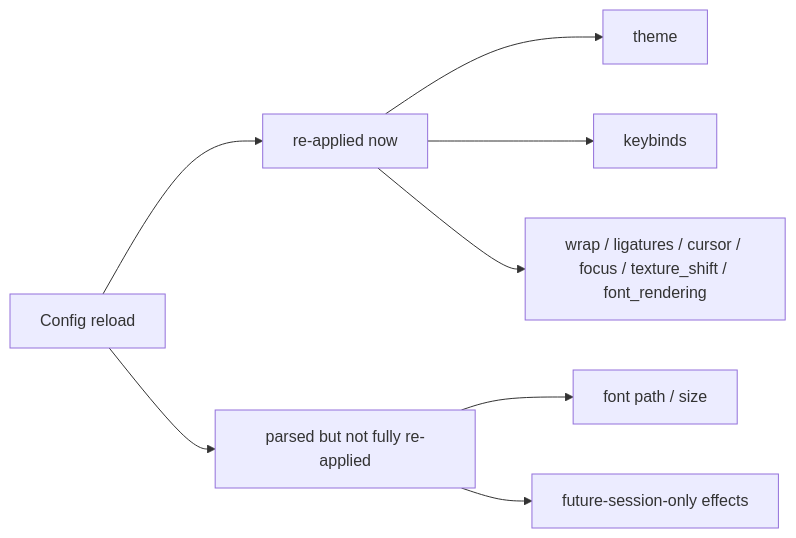
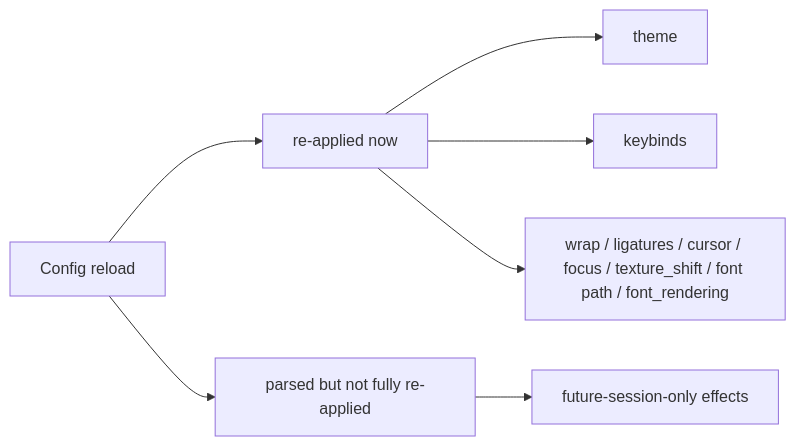
One commit to LaurenceGuws/Zide changed the fourth of 4 diagrams in app_architecture/CONFIG.md. Above: the diagram before and after it, drawn with Mermaid. The commit also changed other lines of this file and 14 other files, not shown here.

````diff
--- a/app_architecture/CONFIG.md
+++ b/app_architecture/CONFIG.md
@@ -242,12 +281,11 @@
 ```mermaid
 flowchart LR
     Reload[Config reload] --> Reapply[re-applied now]
     Reload --> ParsedOnly[parsed but not fully re-applied]
 
     Reapply --> A[theme]
     Reapply --> B[keybinds]
-    Reapply --> C[wrap / ligatures / cursor / focus / texture_shift / font_rendering]
+    Reapply --> C[wrap / ligatures / cursor / focus / texture_shift / font path / font_rendering]
 
-    ParsedOnly --> D[font path / size]
-    ParsedOnly --> E[future-session-only effects]
+    ParsedOnly --> D[future-session-only effects]
 ```
````
